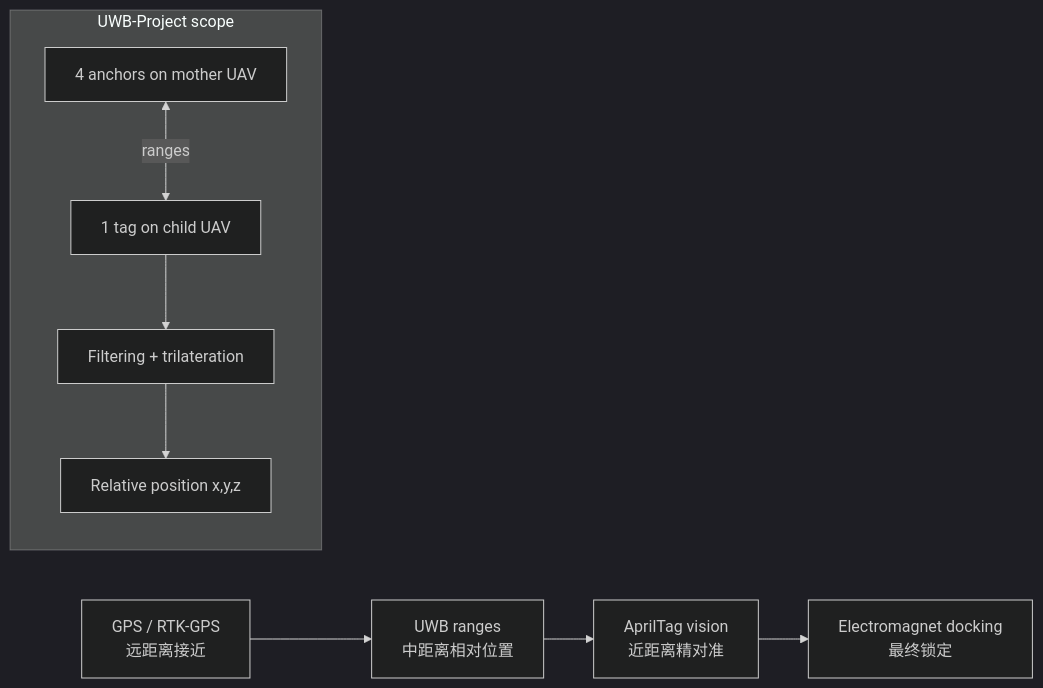
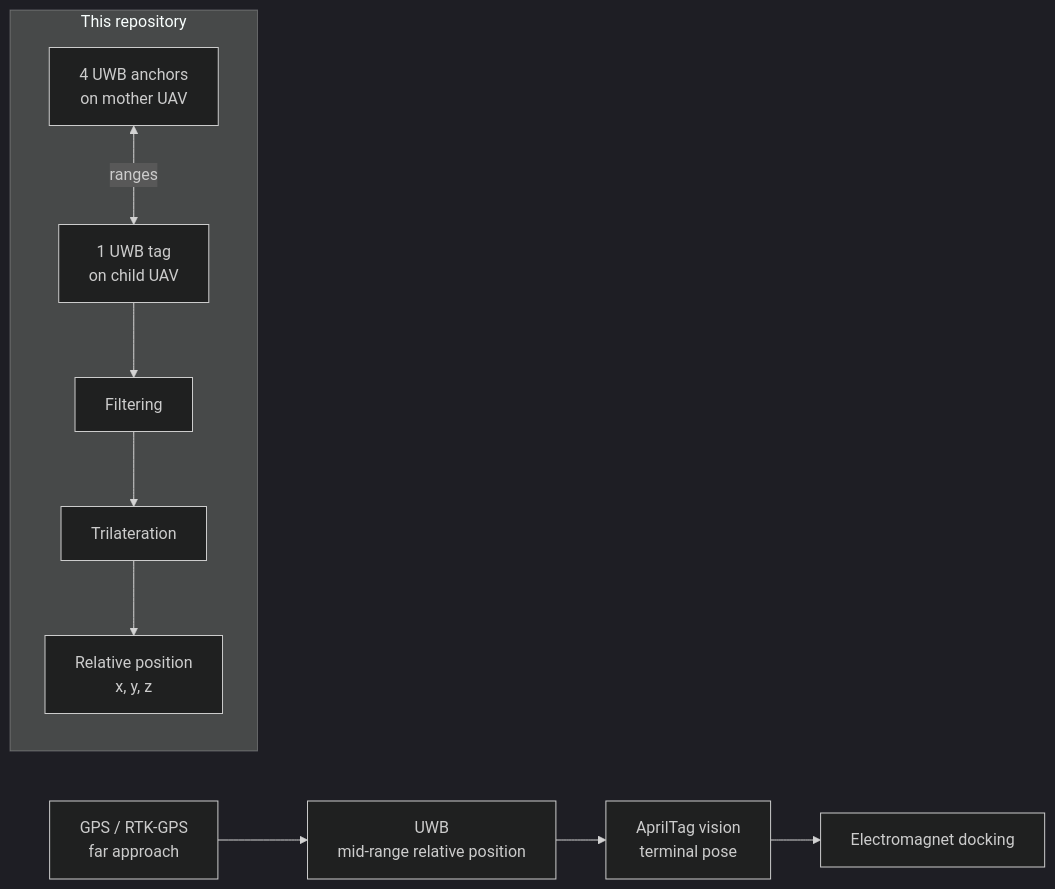
Before and after one commit to kicofy/UWB-Project: the diagram in README.md, drawn with Mermaid (dark theme). The commit also changed other lines of this file and 1 other file, not shown here.

Commit message:
Make README English-first and clarify UWB docs

````diff
--- a/README.md
+++ b/README.md
@@ -36,15 +35,16 @@
 ```mermaid
 flowchart LR
-    GPS["GPS / RTK-GPS<br/>远距离接近"] --> UWB["UWB ranges<br/>中距离相对位置"]
-    UWB --> VISION["AprilTag vision<br/>近距离精对准"]
-    VISION --> DOCK["Electromagnet docking<br/>最终锁定"]
+    GPS["GPS / RTK-GPS<br/>far approach"] --> UWB["UWB<br/>mid-range relative position"]
+    UWB --> VISION["AprilTag vision<br/>terminal pose"]
+    VISION --> DOCK["Electromagnet docking"]
 
-    subgraph UWBLayer["UWB-Project scope"]
-        A["4 anchors on mother UAV"]
-        T["1 tag on child UAV"]
-        S["Filtering + trilateration"]
-        P["Relative position x,y,z"]
+    subgraph Scope["This repository"]
+        A["4 UWB anchors<br/>on mother UAV"]
+        T["1 UWB tag<br/>on child UAV"]
+        F["Filtering"]
+        S["Trilateration"]
+        P["Relative position<br/>x, y, z"]
         A <-- ranges --> T
-        T --> S --> P
+        T --> F --> S --> P
     end
 ```
````
